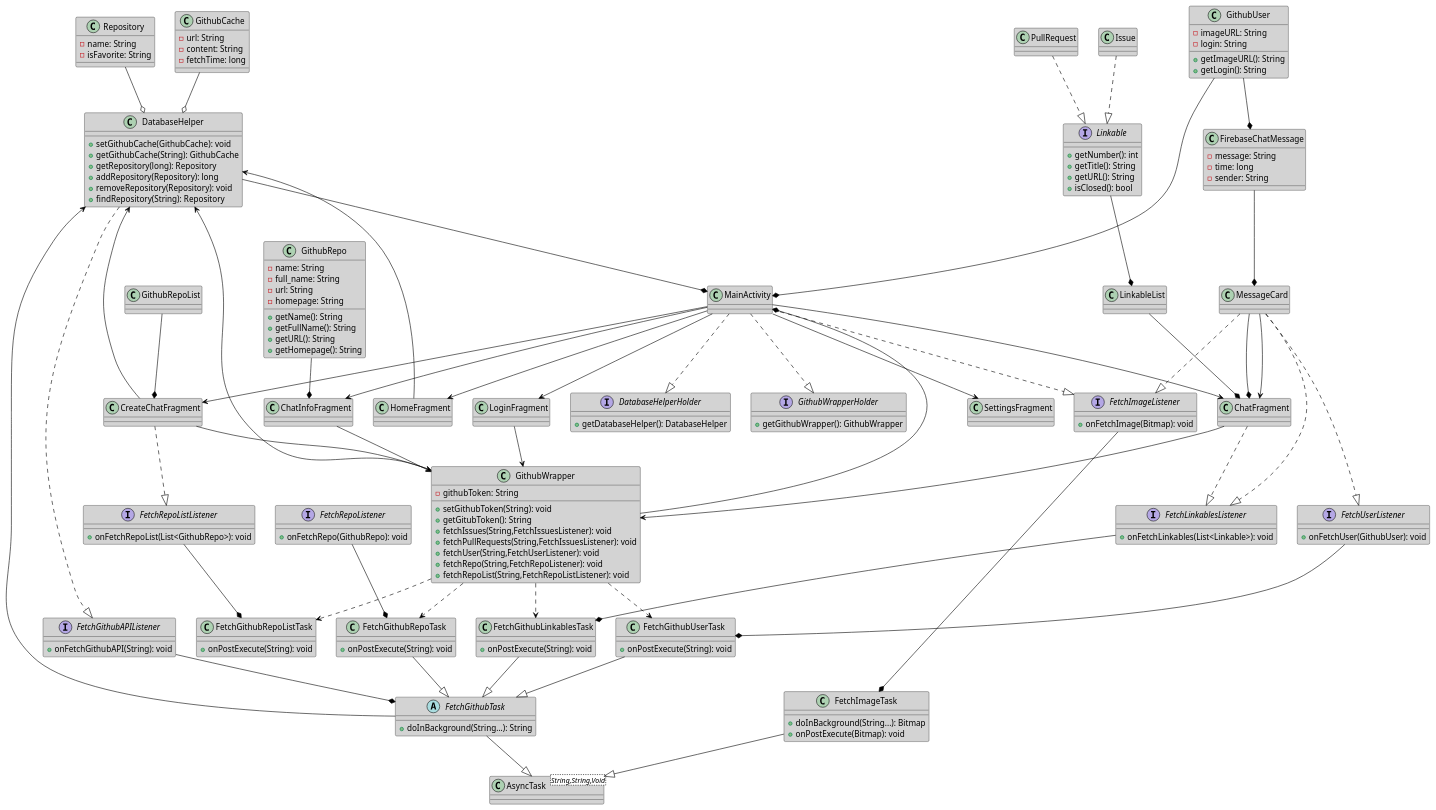
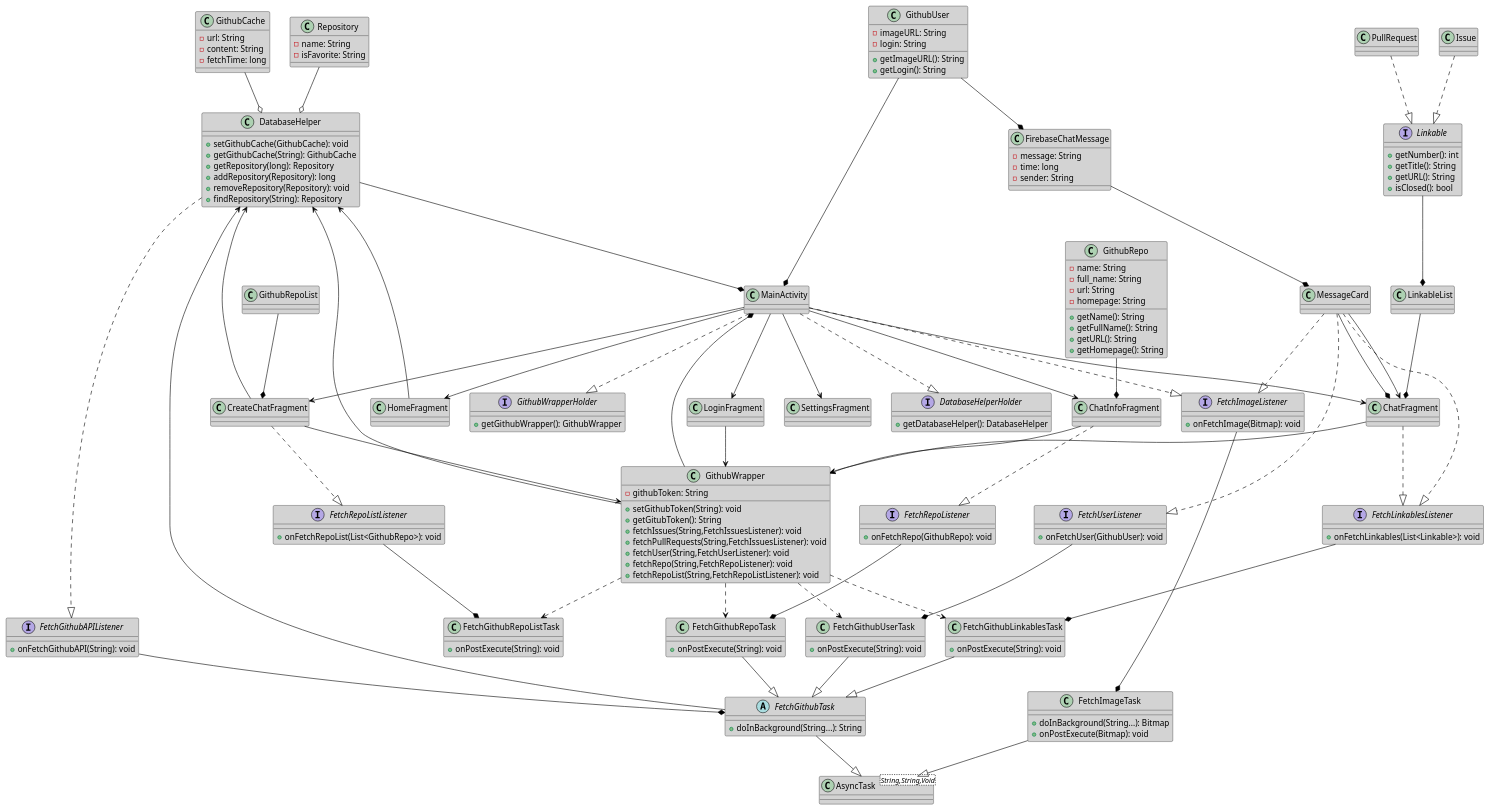
One commit to LittleTealeaf/SER-210-Final changed the diagram in docs/uml/classDiagram.puml. Above: the diagram before and after it, drawn with PlantUML. The commit also changed 10 other files, not shown here.

```diff
--- a/docs/uml/classDiagram.puml
+++ b/docs/uml/classDiagram.puml
@@ -232,6 +232,7 @@
 LoginFragment --> GithubWrapper
 
 ChatInfoFragment --> GithubWrapper
+ChatInfoFragment ..|> FetchRepoListener
 
 
 FetchGithubTask --|> AsyncTask
```
